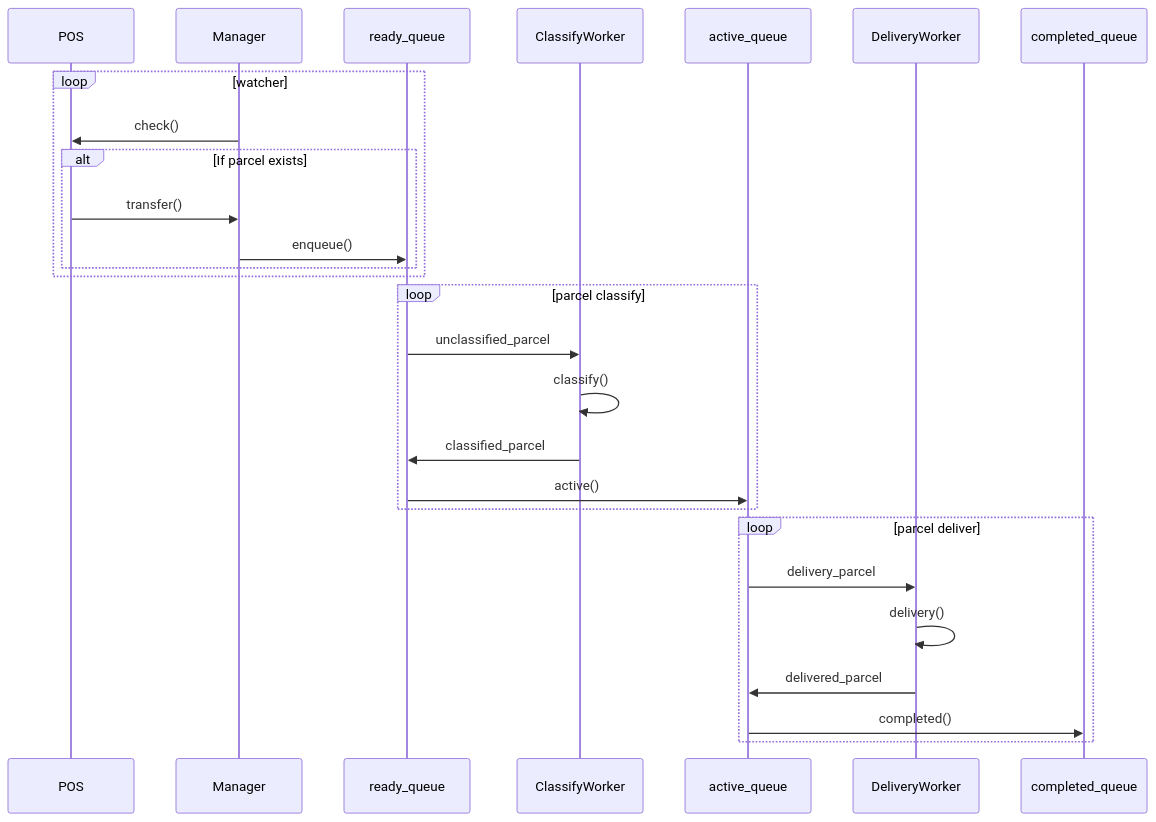
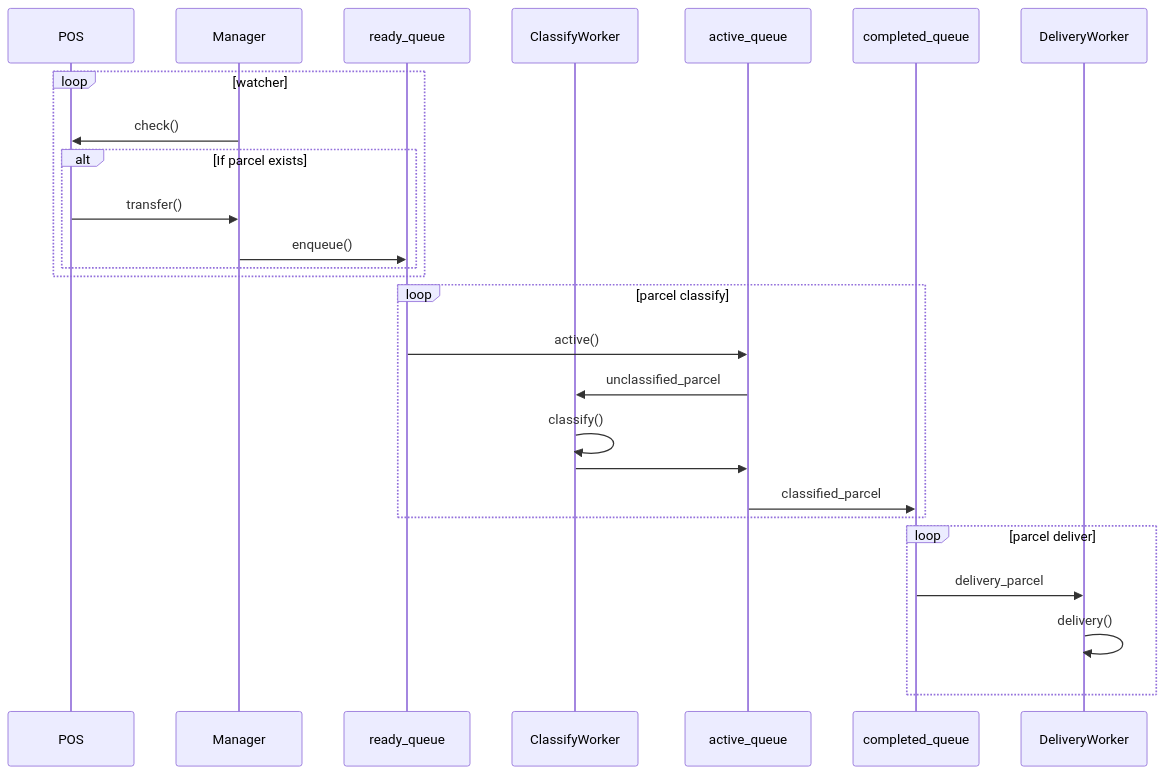
Before and after one commit to NarciSource/Boostcamp-Challenge: the diagram in README.md, drawn with Mermaid. The commit also changed 3 other files, not shown here.

Commit message:
feat: completed_queue

````diff
--- a/README.md
+++ b/README.md
@@ -56,32 +56,31 @@
 ```mermaid
 sequenceDiagram
     participant POS
     participant Manager
     participant ready_queue
     participant ClassifyWorker
     participant active_queue
+    participant completed_queue
     participant DeliveryWorker
-    participant completed_queue
 
     loop watcher
         Manager->>POS: check()
         alt If parcel exists
             POS->>Manager: transfer()
             Manager->>ready_queue: enqueue()
         end
     end
 
     loop parcel classify
-        ready_queue->>ClassifyWorker: unclassified_parcel
+        ready_queue->>active_queue: active()
+        active_queue->>ClassifyWorker: unclassified_parcel
         ClassifyWorker->>ClassifyWorker: classify()
-        ClassifyWorker->>ready_queue: classified_parcel
-        ready_queue->>active_queue: active()
+        ClassifyWorker->>active_queue: 
+        active_queue->>completed_queue: classified_parcel 
     end
 
     loop parcel deliver
-        active_queue->>DeliveryWorker: delivery_parcel
+        completed_queue->>DeliveryWorker: delivery_parcel
         DeliveryWorker->>DeliveryWorker: delivery()
-        DeliveryWorker->>active_queue: delivered_parcel
-        active_queue->>completed_queue: completed()
     end
 ```
````
